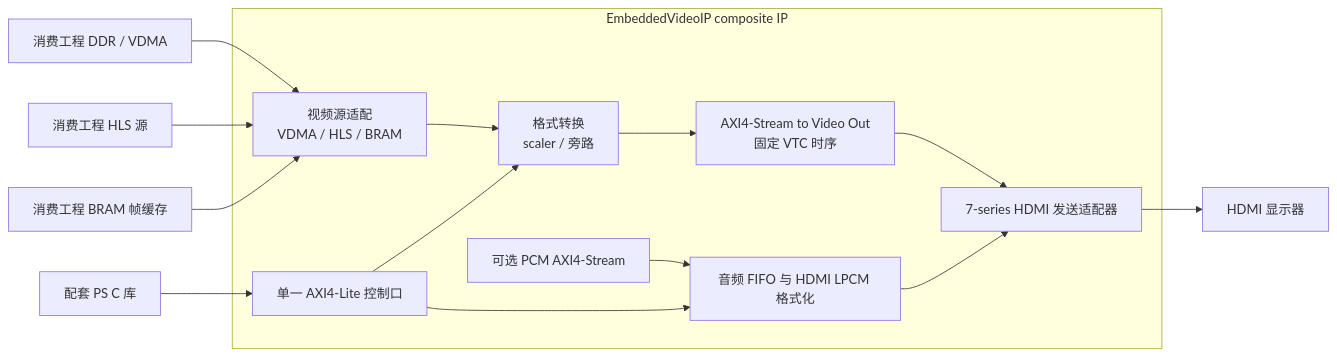
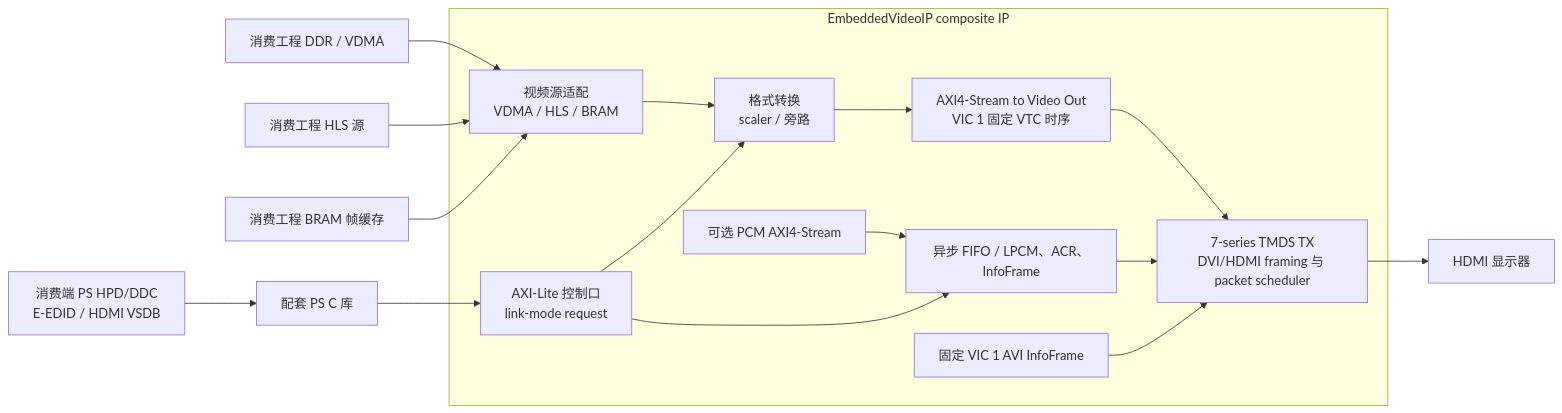
Before and after one commit to ArthurPan2026/EmbeddedVideoIP: the diagram in docs/architecture.md, drawn with Mermaid. The commit also changed other lines of this file and 48 other files, not shown here.

Commit message:
release: HDMI 1.4b DVI-safe video transmitter

````diff
--- a/docs/architecture.md
+++ b/docs/architecture.md
@@ -7,17 +7,19 @@
 ```mermaid
 flowchart LR
     subgraph EVIP["EmbeddedVideoIP composite IP"]
         SRC["视频源适配<br/>VDMA / HLS / BRAM"] --> CORE["格式转换<br/>scaler / 旁路"]
-        CORE --> VOUT["AXI4-Stream to Video Out<br/>固定 VTC 时序"]
-        VOUT --> TX["7-series HDMI 发送适配器"]
-        PCM["可选 PCM AXI4-Stream"] --> AUDIO["音频 FIFO 与 HDMI LPCM 格式化"]
+        CORE --> VOUT["AXI4-Stream to Video Out<br/>VIC 1 固定 VTC 时序"]
+        VOUT --> TX["7-series TMDS TX<br/>DVI/HDMI framing 与 packet scheduler"]
+        PCM["可选 PCM AXI4-Stream"] --> AUDIO["异步 FIFO / LPCM、ACR、InfoFrame"]
         AUDIO --> TX
-        CTRL["单一 AXI4-Lite 控制口"] --> CORE
+        AVI["固定 VIC 1 AVI InfoFrame"] --> TX
+        CTRL["AXI-Lite 控制口<br/>link-mode request"] --> CORE
         CTRL --> AUDIO
     end
     DDR["消费工程 DDR / VDMA"] --> SRC
     HLS["消费工程 HLS 源"] --> SRC
     BRAM["消费工程 BRAM 帧缓存"] --> SRC
     PS["配套 PS C 库"] --> CTRL
+    EDID["消费端 PS HPD/DDC<br/>E-EDID / HDMI VSDB"] --> PS
     TX --> HDMI["HDMI 显示器"]
 ```
````
